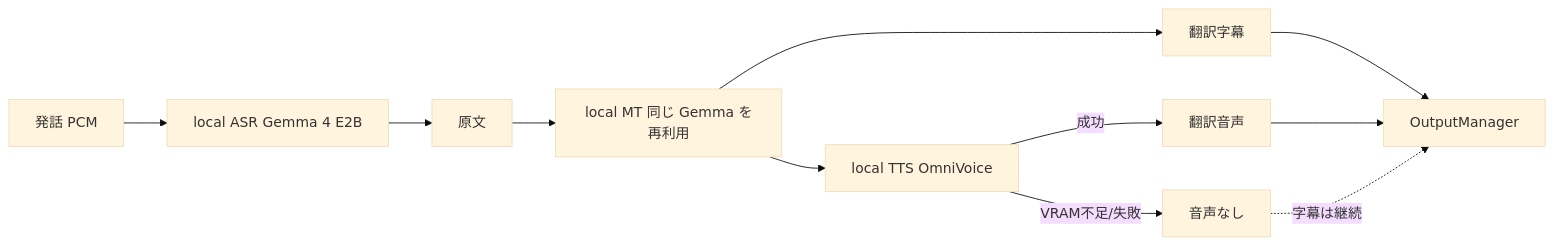
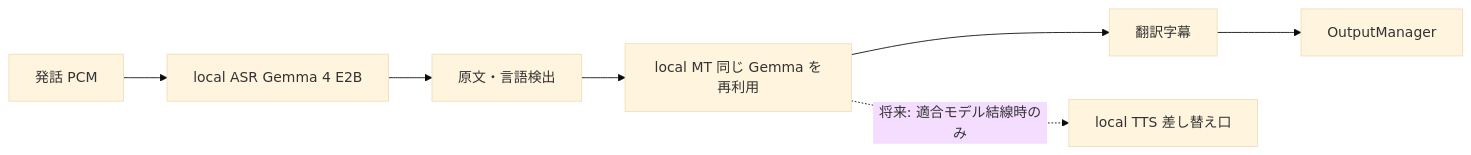
One commit to liushuang393/apps changed the fourth of 4 diagrams in language-aware-conferencing-system/sonowa/README.md. Above: the diagram before and after it, drawn with Mermaid (base theme). The commit also changed other lines of this file and 25 other files, not shown here.

````diff
--- a/language-aware-conferencing-system/sonowa/README.md
+++ b/language-aware-conferencing-system/sonowa/README.md
@@ -181,13 +173,9 @@
 ```mermaid
 flowchart LR
   pcm[発話 PCM] --> asr[local ASR Gemma 4 E2B]
-  asr --> text[原文]
+  asr --> text[原文・言語検出]
   text --> mt[local MT 同じ Gemma を再利用]
   mt --> sub[翻訳字幕]
-  mt --> tts[local TTS OmniVoice]
-  tts -->|成功| ta[翻訳音声]
-  tts -->|VRAM不足/失敗| none[音声なし]
   sub --> om[OutputManager]
-  ta --> om
-  none -.->|字幕は継続| om
+  mt -.->|将来: 適合モデル結線時のみ| tts[local TTS 差し替え口]
 ```
````
